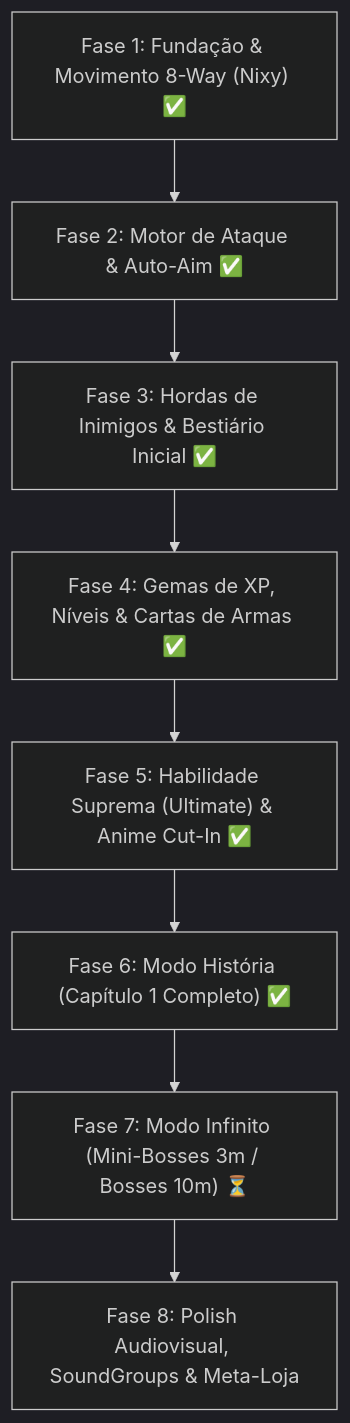
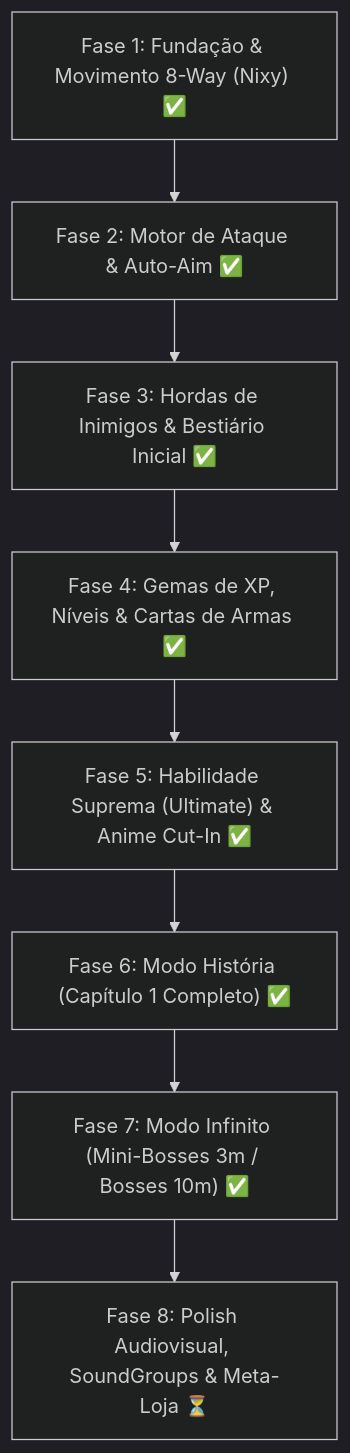
Before and after one commit to Davi0147/Hell-Survivor: the diagram in docs/TIMELINE.md, drawn with Mermaid (dark theme). The commit also changed other lines of this file and 8 other files, not shown here.

Commit message:
feat(endless): complete Phase 7 with wave director, mini-bosses, purple gems, and game over modal

````diff
--- a/docs/TIMELINE.md
+++ b/docs/TIMELINE.md
@@ -9,10 +9,10 @@
 ```mermaid
 flowchart TD
     M1["Fase 1: Fundação & Movimento 8-Way (Nixy) ✅"] --> M2["Fase 2: Motor de Ataque & Auto-Aim ✅"]
     M2 --> M3["Fase 3: Hordas de Inimigos & Bestiário Inicial ✅"]
     M3 --> M4["Fase 4: Gemas de XP, Níveis & Cartas de Armas ✅"]
     M4 --> M5["Fase 5: Habilidade Suprema (Ultimate) & Anime Cut-In ✅"]
     M5 --> M6["Fase 6: Modo História (Capítulo 1 Completo) ✅"]
-    M6 --> M7["Fase 7: Modo Infinito (Mini-Bosses 3m / Bosses 10m) ⏳"]
-    M7 --> M8["Fase 8: Polish Audiovisual, SoundGroups & Meta-Loja"]
+    M6 --> M7["Fase 7: Modo Infinito (Mini-Bosses 3m / Bosses 10m) ✅"]
+    M7 --> M8["Fase 8: Polish Audiovisual, SoundGroups & Meta-Loja ⏳"]
 ```
````
